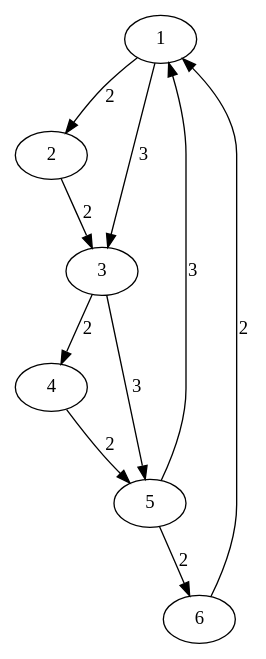
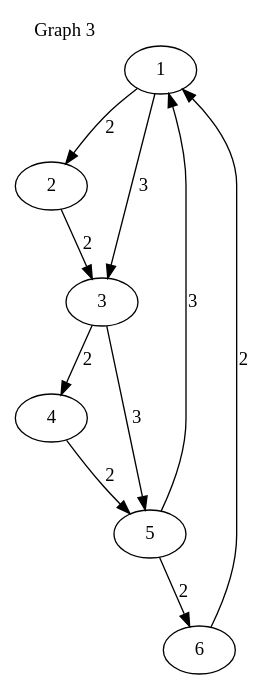
The diagram in Graphs/graph3.dot (matvamo/FloydWarshall), drawn with Graphviz before and after one commit. The commit also changed 9 other files, not shown here.

Commit message:
Edit graph dotfiles and images to include caption

```diff
--- a/Graphs/graph3.dot
+++ b/Graphs/graph3.dot
@@ -1,11 +1,14 @@
 digraph {
+    label="Graph 3";
+    labelloc=top;
+    labeljust=left;
     1 -> 2[label="2", weight="2"];
     1 -> 3[label="3", weight="3"];
     2 -> 3[label="2", weight="2"];
     3 -> 4[label="2", weight="2"];
     3 -> 5[label="3", weight="3"];
     4 -> 5[label="2", weight="2"];
     5 -> 6[label="2", weight="2"];
     5 -> 1[label="3", weight="3"];
     6 -> 1[label="2", weight="2"];  
 }
```
